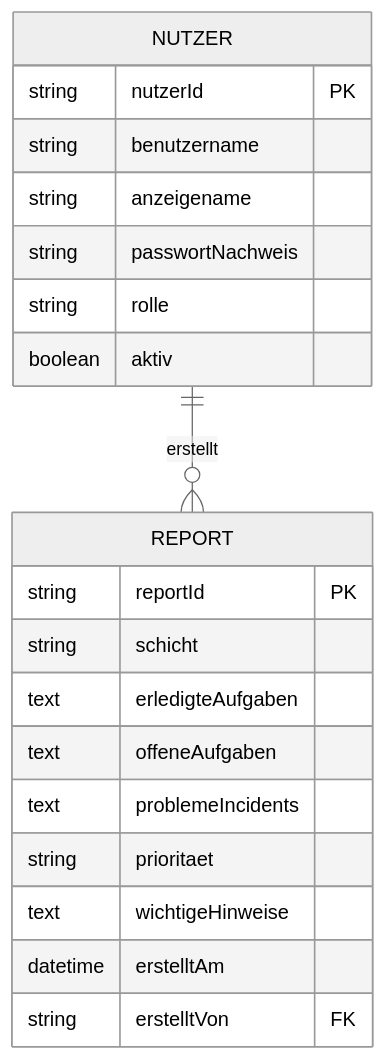
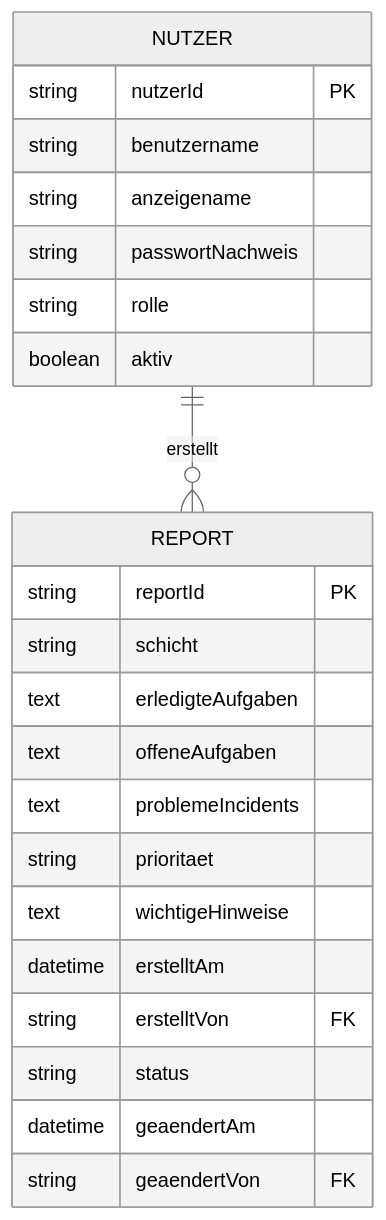
The diagram in docs/specification/D1-datenmodell.md (luisacordes2002-droid/Projekt-1-), drawn with Mermaid (neutral theme) before and after one commit. The commit also changed other lines of this file and 17 other files, not shown here.

````diff
--- a/docs/specification/D1-datenmodell.md
+++ b/docs/specification/D1-datenmodell.md
@@ -29,26 +30,29 @@
 ```mermaid
 erDiagram
     NUTZER ||--o{ REPORT : erstellt
 
     NUTZER {
         string nutzerId PK
         string benutzername
         string anzeigename
         string passwortNachweis
         string rolle
         boolean aktiv
     }
 
     REPORT {
         string reportId PK
         string schicht
         text erledigteAufgaben
         text offeneAufgaben
         text problemeIncidents
         string prioritaet
         text wichtigeHinweise
         datetime erstelltAm
         string erstelltVon FK
+        string status
+        datetime geaendertAm
+        string geaendertVon FK
     }
 
 ```
````
